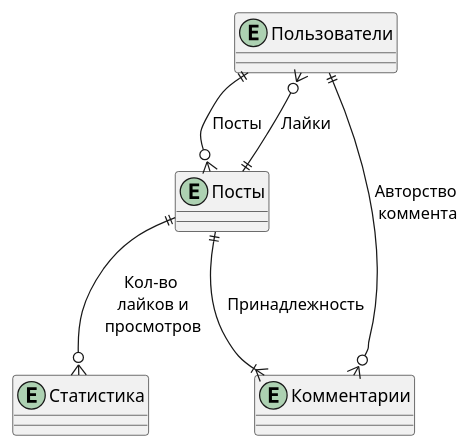
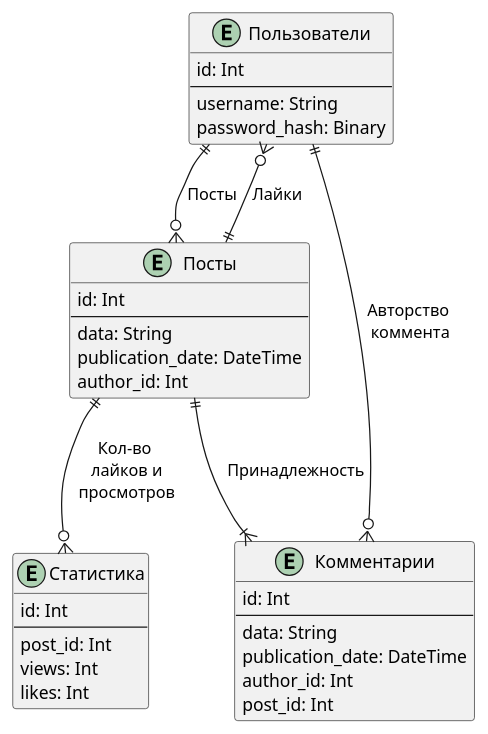
The diagram in doc/ER-diagram.puml (ramses44/soa-project), drawn with PlantUML before and after one commit. The commit also changed 5 other files, not shown here.

```diff
--- a/doc/ER-diagram.puml
+++ b/doc/ER-diagram.puml
@@ -1,13 +1,40 @@
 @startuml
 
-entity "Посты" as posts
-entity "Пользователи" as users
-entity "Комментарии" as comments
-entity "Статистика" as stats
+entity "Посты" as posts {
+    id: Int
+    --
+    data: String
+    publication_date: DateTime
+    author_id: Int
+}
+
+entity "Пользователи" as users {
+    id: Int
+    --
+    username: String
+    password_hash: Binary
+}
+
+entity "Комментарии" as comments {
+    id: Int
+    --
+    data: String
+    publication_date: DateTime
+    author_id: Int
+    post_id: Int
+}
+
+entity "Статистика" as stats {
+    id: Int
+    --
+    post_id: Int
+    views: Int
+    likes: Int
+}
 
 users ||--o{ posts : Посты
 users }o--|| posts : Лайки
 users ||--o{ comments : Авторство \nкоммента
 posts ||--|{ comments : Принадлежность
 posts ||--o{ stats : Кол-во \nлайков и\nпросмотров
 @enduml
```
